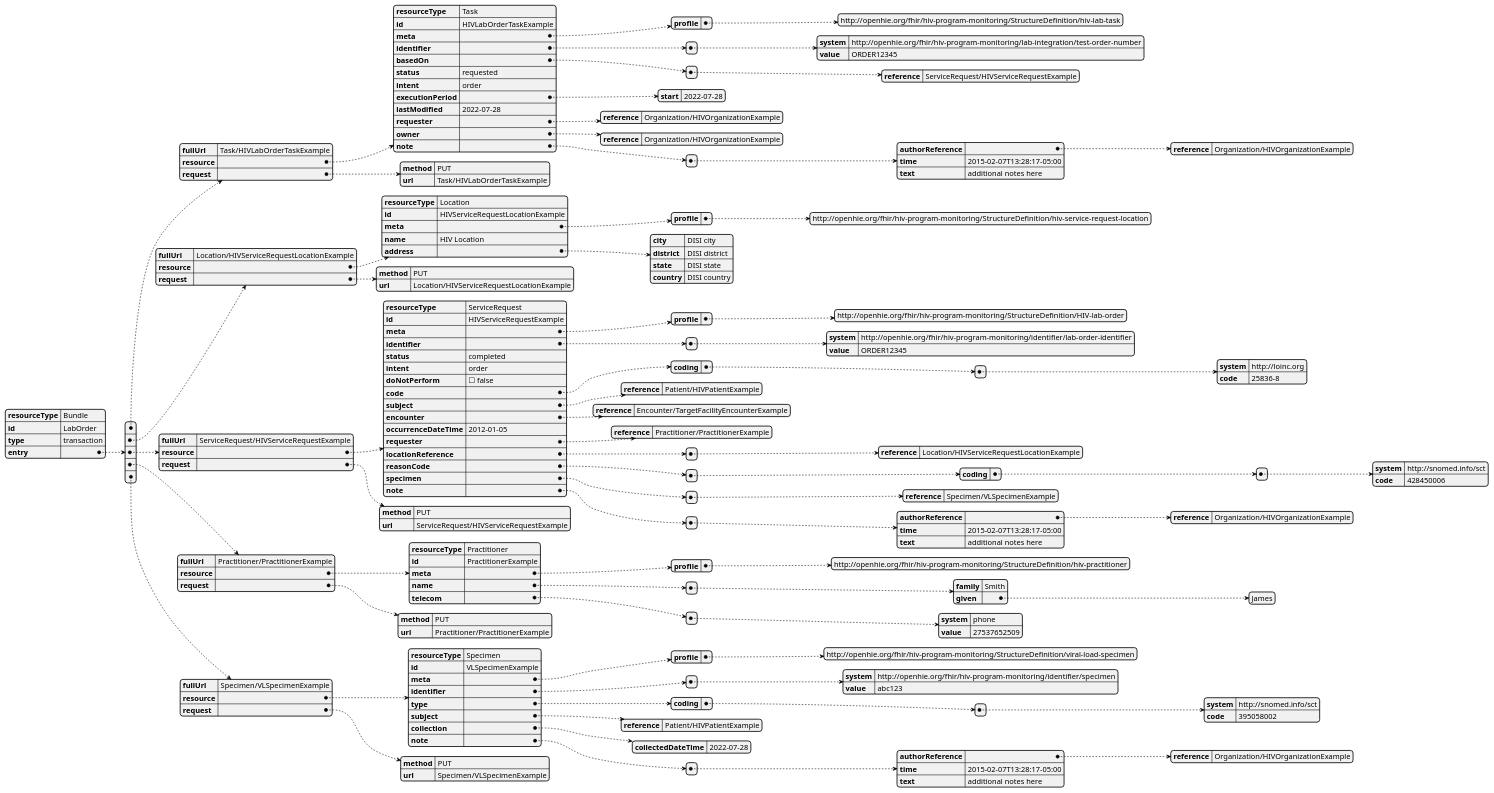
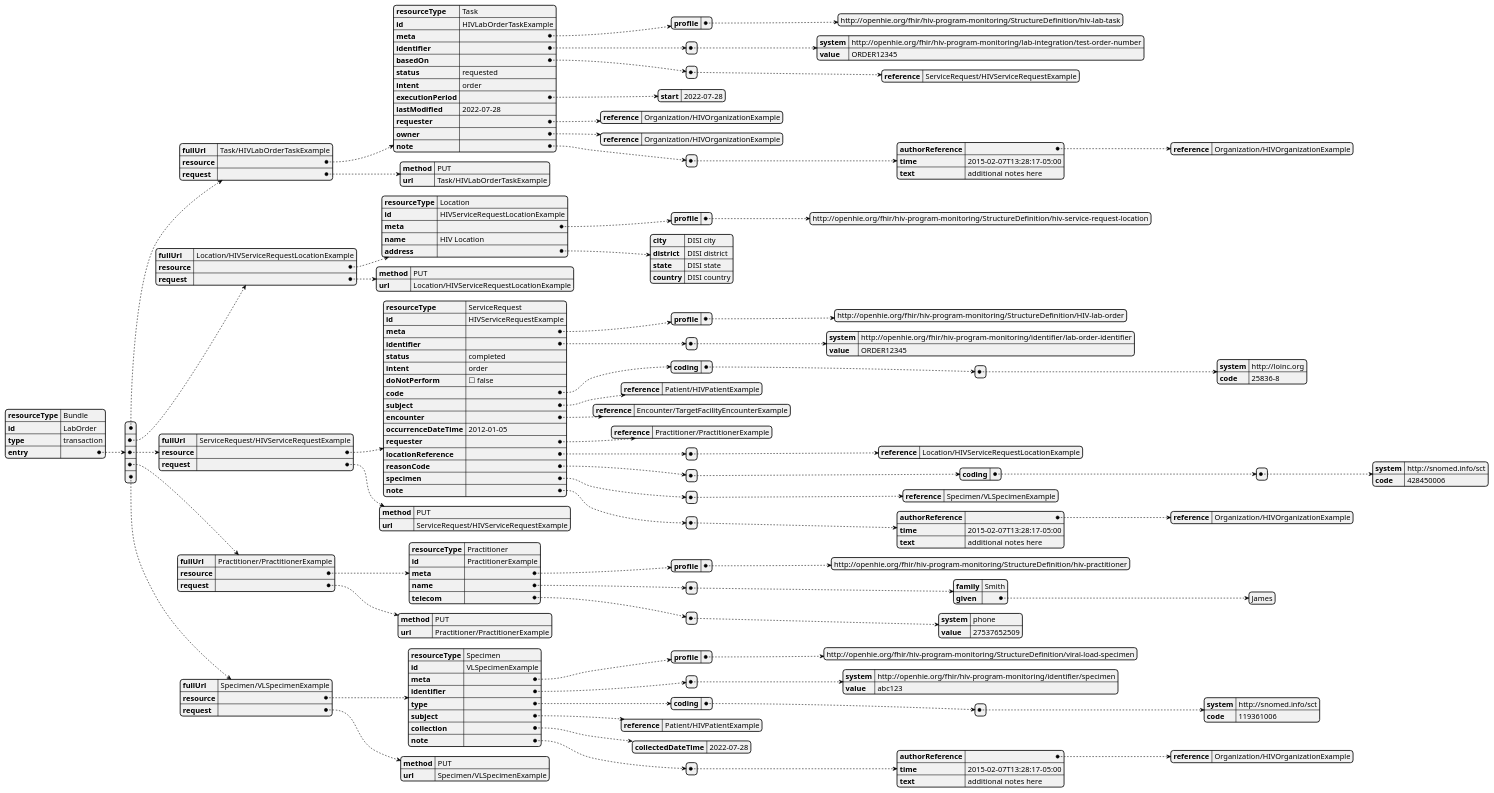
One commit to openhie/HIV-Program-Monitoring-and-Patient-Care-Coordination changed the diagram in input/images-source/lab-order-bundle.pu. Above: the diagram before and after it, drawn with PlantUML. The commit also changed 9 other files, not shown here.

Commit message:
Updated UML diagrams for all bundles

```diff
--- a/input/images-source/lab-order-bundle.pu
+++ b/input/images-source/lab-order-bundle.pu
@@ -1,189 +1,187 @@
 @startjson lab-order-bundle
 {
   "resourceType" : "Bundle",
   "id" : "LabOrder",
   "type" : "transaction",
   "entry" : [{
     "fullUrl" : "Task/HIVLabOrderTaskExample",
     "resource" : {
       "resourceType" : "Task",
       "id" : "HIVLabOrderTaskExample",
       "meta" : {
         "profile" : ["http://openhie.org/fhir/hiv-program-monitoring/StructureDefinition/hiv-lab-task"]
       },
-     
+    
       "identifier" : [{
         "system" : "http://openhie.org/fhir/hiv-program-monitoring/lab-integration/test-order-number",
         "value" : "ORDER12345"
       }],
       "basedOn" : [{
         "reference" : "ServiceRequest/HIVServiceRequestExample"
       }],
       "status" : "requested",
       "intent" : "order",
       "executionPeriod" : {
         "start" : "2022-07-28"
       },
       "lastModified" : "2022-07-28",
       "requester" : {
         "reference" : "Organization/HIVOrganizationExample"
       },
       "owner" : {
         "reference" : "Organization/HIVOrganizationExample"
       },
       "note" : [{
         "authorReference" : {
           "reference" : "Organization/HIVOrganizationExample"
         },
         "time" : "2015-02-07T13:28:17-05:00",
         "text" : "additional notes here"
       }]
     },
     "request" : {
       "method" : "PUT",
       "url" : "Task/HIVLabOrderTaskExample"
     }
   },
   {
     "fullUrl" : "Location/HIVServiceRequestLocationExample",
     "resource" : {
       "resourceType" : "Location",
       "id" : "HIVServiceRequestLocationExample",
       "meta" : {
         "profile" : ["http://openhie.org/fhir/hiv-program-monitoring/StructureDefinition/hiv-service-request-location"]
       },
-    
+     
       "name" : "HIV Location",
       "address" : {
         "city" : "DISI city",
         "district" : "DISI district",
         "state" : "DISI state",
         "country" : "DISI country"
       }
     },
     "request" : {
       "method" : "PUT",
       "url" : "Location/HIVServiceRequestLocationExample"
     }
   },
   {
     "fullUrl" : "ServiceRequest/HIVServiceRequestExample",
     "resource" : {
       "resourceType" : "ServiceRequest",
       "id" : "HIVServiceRequestExample",
       "meta" : {
         "profile" : ["http://openhie.org/fhir/hiv-program-monitoring/StructureDefinition/HIV-lab-order"]
       },
      
       "identifier" : [{
         "system" : "http://openhie.org/fhir/hiv-program-monitoring/identifier/lab-order-identifier",
         "value" : "ORDER12345"
       }],
       "status" : "completed",
       "intent" : "order",
       "doNotPerform" : false,
       "code" : {
         "coding" : [{
           "system" : "http://loinc.org",
           "code" : "25836-8"
         }]
       },
       "subject" : {
         "reference" : "Patient/HIVPatientExample"
       },
       "encounter" : {
         "reference" : "Encounter/TargetFacilityEncounterExample"
       },
       "occurrenceDateTime" : "2012-01-05",
       "requester" : {
         "reference" : "Practitioner/PractitionerExample"
       },
       "locationReference" : [{
         "reference" : "Location/HIVServiceRequestLocationExample"
       }],
       "reasonCode" : [{
         "coding" : [{
           "system" : "http://snomed.info/sct",
           "code" : "428450006"
         }]
       }],
       "specimen" : [{
         "reference" : "Specimen/VLSpecimenExample"
       }],
       "note" : [{
         "authorReference" : {
           "reference" : "Organization/HIVOrganizationExample"
         },
         "time" : "2015-02-07T13:28:17-05:00",
         "text" : "additional notes here"
       }]
     },
     "request" : {
       "method" : "PUT",
       "url" : "ServiceRequest/HIVServiceRequestExample"
     }
   },
   {
     "fullUrl" : "Practitioner/PractitionerExample",
     "resource" : {
       "resourceType" : "Practitioner",
       "id" : "PractitionerExample",
       "meta" : {
         "profile" : ["http://openhie.org/fhir/hiv-program-monitoring/StructureDefinition/hiv-practitioner"]
       },
-    
+      
       "name" : [{
         "family" : "Smith",
         "given" : ["James"]
       }],
       "telecom" : [{
         "system" : "phone",
         "value" : "27537652509"
       }]
     },
     "request" : {
       "method" : "PUT",
       "url" : "Practitioner/PractitionerExample"
     }
   },
   {
     "fullUrl" : "Specimen/VLSpecimenExample",
     "resource" : {
       "resourceType" : "Specimen",
       "id" : "VLSpecimenExample",
       "meta" : {
         "profile" : ["http://openhie.org/fhir/hiv-program-monitoring/StructureDefinition/viral-load-specimen"]
       },
-     
-      "identifier" : [{
+           "identifier" : [{
         "system" : "http://openhie.org/fhir/hiv-program-monitoring/identifier/specimen",
         "value" : "abc123"
       }],
       "type" : {
         "coding" : [{
           "system" : "http://snomed.info/sct",
-          "code" : "395058002"
+          "code" : "119361006"
         }]
       },
       "subject" : {
         "reference" : "Patient/HIVPatientExample"
       },
       "collection" : {
         "collectedDateTime" : "2022-07-28"
       },
       "note" : [{
         "authorReference" : {
           "reference" : "Organization/HIVOrganizationExample"
         },
         "time" : "2015-02-07T13:28:17-05:00",
         "text" : "additional notes here"
       }]
     },
     "request" : {
       "method" : "PUT",
       "url" : "Specimen/VLSpecimenExample"
     }
   }]
 }
-
 @endjson
```
